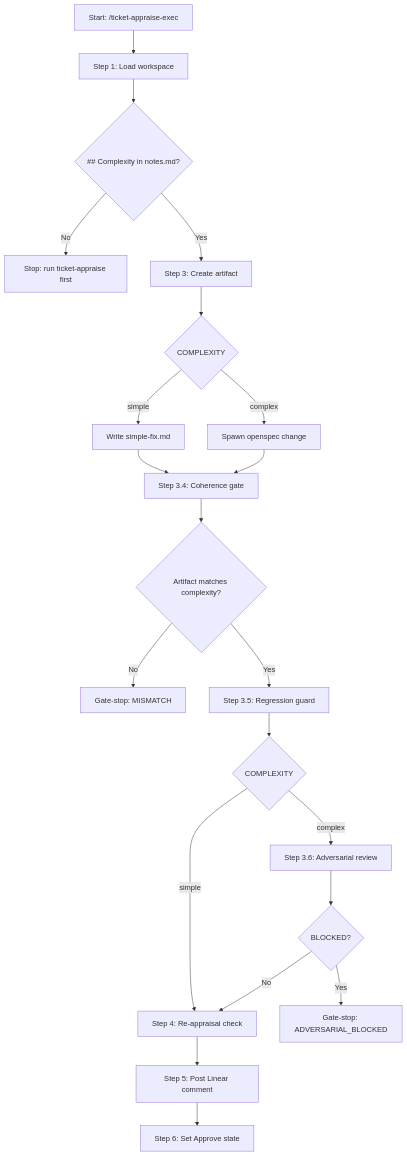
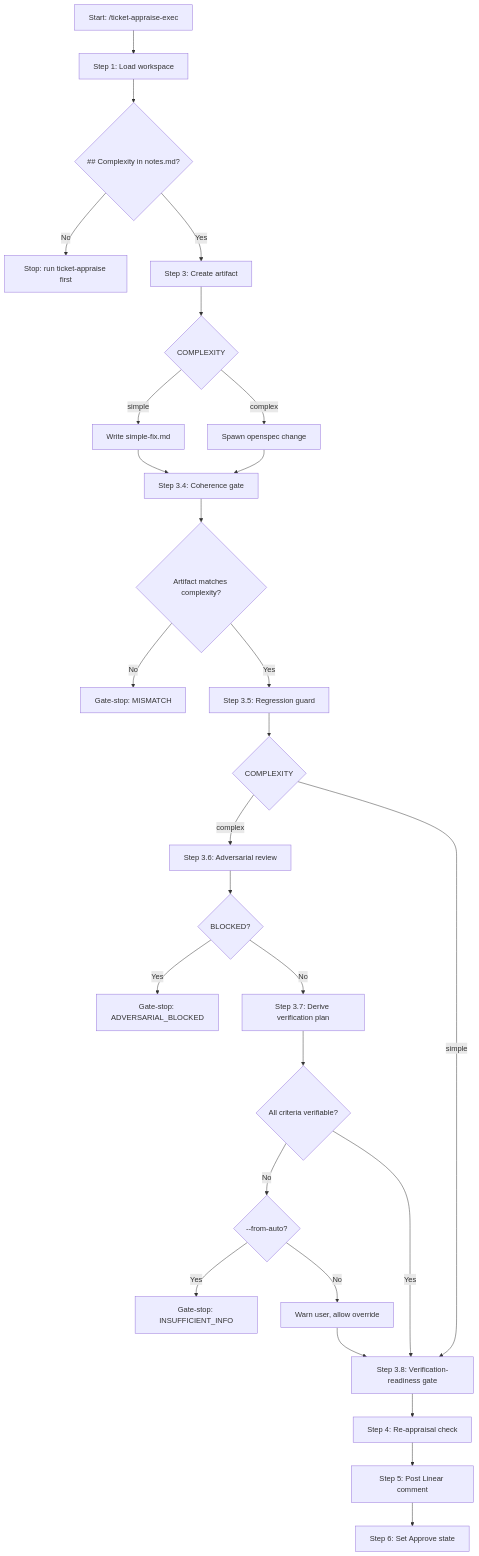
Before and after one commit to willard-pro/claude-plugins: the diagram in ticket-auto-pipeline/docs/skills/ticket-appraise-exec.md, drawn with Mermaid. The commit also changed other lines of this file and 2 other files, not shown here.

First line of the commit message:
docs: document verification plan derivation across all documentation layers

````diff
--- a/ticket-auto-pipeline/docs/skills/ticket-appraise-exec.md
+++ b/ticket-auto-pipeline/docs/skills/ticket-appraise-exec.md
@@ -41,23 +69,30 @@
 ```mermaid
 flowchart TD
     A[Start: /ticket-appraise-exec] --> B[Step 1: Load workspace]
     B --> C{## Complexity in notes.md?}
     C -->|No| STOP1[Stop: run ticket-appraise first]
     C -->|Yes| D[Step 3: Create artifact]
     D --> E{COMPLEXITY}
     E -->|simple| F[Write simple-fix.md]
     E -->|complex| G[Spawn openspec change]
     F --> H[Step 3.4: Coherence gate]
     G --> H
     H --> I{Artifact matches complexity?}
     I -->|No| STOP2[Gate-stop: MISMATCH]
     I -->|Yes| J[Step 3.5: Regression guard]
     J --> K{COMPLEXITY}
     K -->|complex| L[Step 3.6: Adversarial review]
-    K -->|simple| M[Step 4: Re-appraisal check]
+    K -->|simple| M[Step 3.8: Verification-readiness gate]
     L --> N{BLOCKED?}
     N -->|Yes| STOP3[Gate-stop: ADVERSARIAL_BLOCKED]
-    N -->|No| M
-    M --> O[Step 5: Post Linear comment]
-    O --> P[Step 6: Set Approve state]
+    N -->|No| O[Step 3.7: Derive verification plan]
+    O --> P{All criteria verifiable?}
+    P -->|No| Q{--from-auto?}
+    Q -->|Yes| STOP4[Gate-stop: INSUFFICIENT_INFO]
+    Q -->|No| R[Warn user, allow override]
+    R --> M
+    P -->|Yes| M
+    M --> S[Step 4: Re-appraisal check]
+    S --> T[Step 5: Post Linear comment]
+    T --> U[Step 6: Set Approve state]
 ```
````
